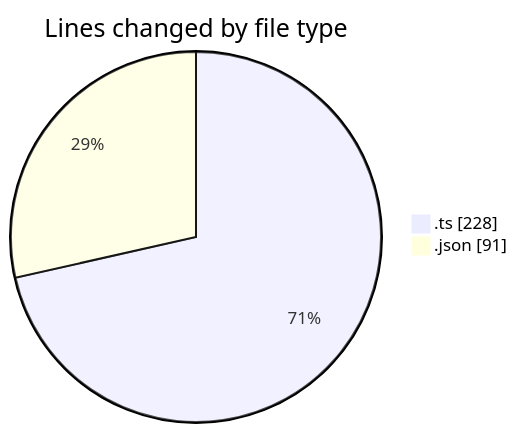
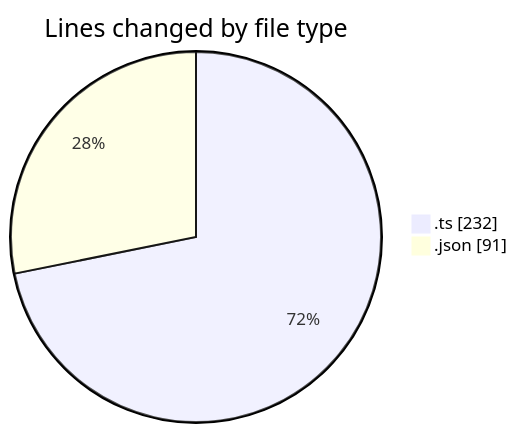
Before and after one commit to donsfak/code-tracking: the first of 2 diagrams in 2025-02-08/maps_clone/README.md, drawn with Mermaid. The commit also changed other lines of this file and 1 other file, not shown here.

````diff
--- a/2025-02-08/maps_clone/README.md
+++ b/2025-02-08/maps_clone/README.md
@@ -21,6 +21,6 @@
 ```mermaid
 pie showData
 title Lines changed by file type
-".ts" : 228
+".ts" : 232
 ".json" : 91
 ```
````
